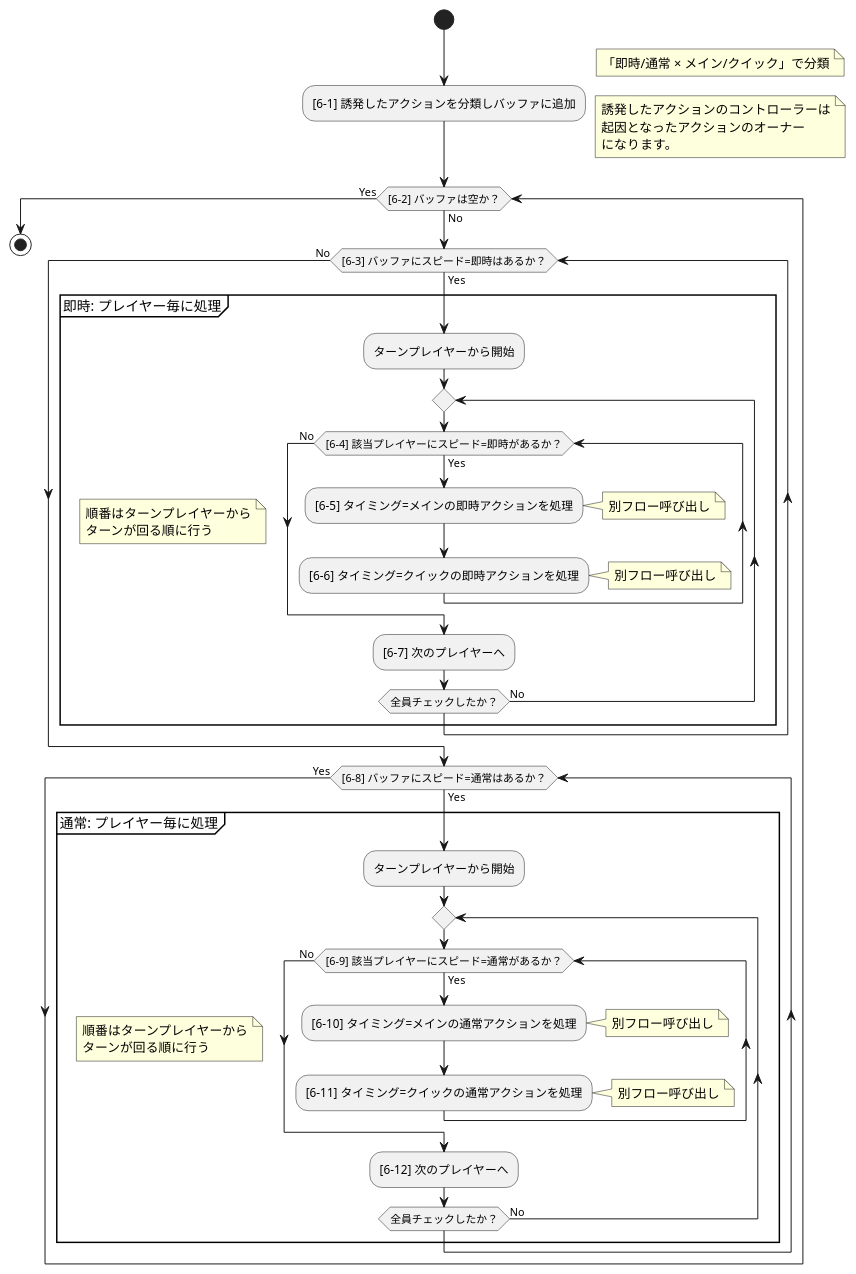
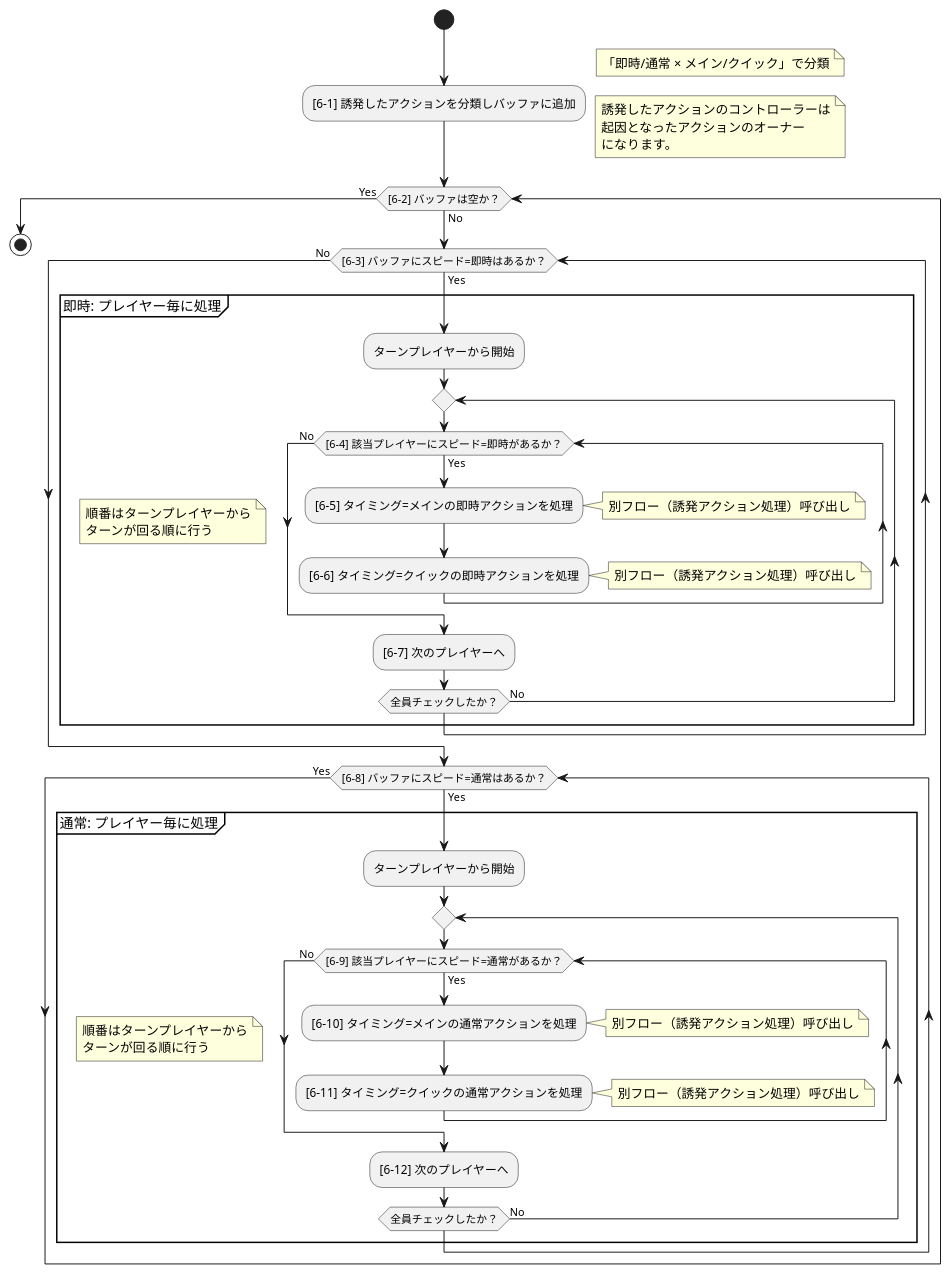
The diagram in source/core/triggerflow.puml (BlackPoker/BlackPoker), drawn with PlantUML before and after one commit. The commit also changed 4 other files, not shown here.

Commit message:
docs: core.rstをcoreディレクトリに移動し、triggerflowのPlantUML図を追加

```diff
--- a/source/core/triggerflow.puml
+++ b/source/core/triggerflow.puml
@@ -1,80 +1,80 @@
 @startuml
 '==============================
 '【Main method】（アクション分類・プレイヤー毎処理）
 '==============================
 |Main method|
 start
 :[6-1] 誘発したアクションを分類しバッファに追加;
 note right
     「即時/通常 × メイン/クイック」で分類
 end note
 note right
     誘発したアクションのコントローラーは
     起因となったアクションのオーナー
     になります。
 end note
 
 while ([6-2] バッファは空か？) is (No) 
   ' 外部ループ：バッファに何らかのアクションが残っている限り処理する
 
   '-------------------------------------------
   '【即時：プレイヤー毎に処理】
   '-------------------------------------------
   while ([6-3] バッファにスピード=即時はあるか？) is (Yes)
 
     group 即時: プレイヤー毎に処理
     note
         順番はターンプレイヤーから
         ターンが回る順に行う
     end note
 
       :ターンプレイヤーから開始;
 
       repeat
         while ([6-4] 該当プレイヤーにスピード=即時があるか？) is (Yes)
           :[6-5] タイミング=メインの即時アクションを処理;
           note right
-            別フロー呼び出し
+            別フロー（誘発アクション処理）呼び出し
           end note
           :[6-6] タイミング=クイックの即時アクションを処理;
           note right
-            別フロー呼び出し
+            別フロー（誘発アクション処理）呼び出し
           end note
         endwhile (No)
         :[6-7] 次のプレイヤーへ;
       repeat while (全員チェックしたか？) is (No)
     end group
   endwhile (No)
 
   '-------------------------------------------
   '【通常：プレイヤー毎に処理】
   '-------------------------------------------
   while ([6-8] バッファにスピード=通常はあるか？) is (Yes)
 
     group 通常: プレイヤー毎に処理
     note
         順番はターンプレイヤーから
         ターンが回る順に行う
     end note
 
       :ターンプレイヤーから開始;
 
       repeat
         while ([6-9] 該当プレイヤーにスピード=通常があるか？) is (Yes)
           :[6-10] タイミング=メインの通常アクションを処理;
           note right
-            別フロー呼び出し
+            別フロー（誘発アクション処理）呼び出し
           end note
           :[6-11] タイミング=クイックの通常アクションを処理;
           note right
-            別フロー呼び出し
+            別フロー（誘発アクション処理）呼び出し
           end note
         endwhile (No)
         :[6-12] 次のプレイヤーへ;
       repeat while (全員チェックしたか？) is (No)
     end group
   endwhile (Yes)
 
 endwhile (Yes)
 stop
 @enduml
```
